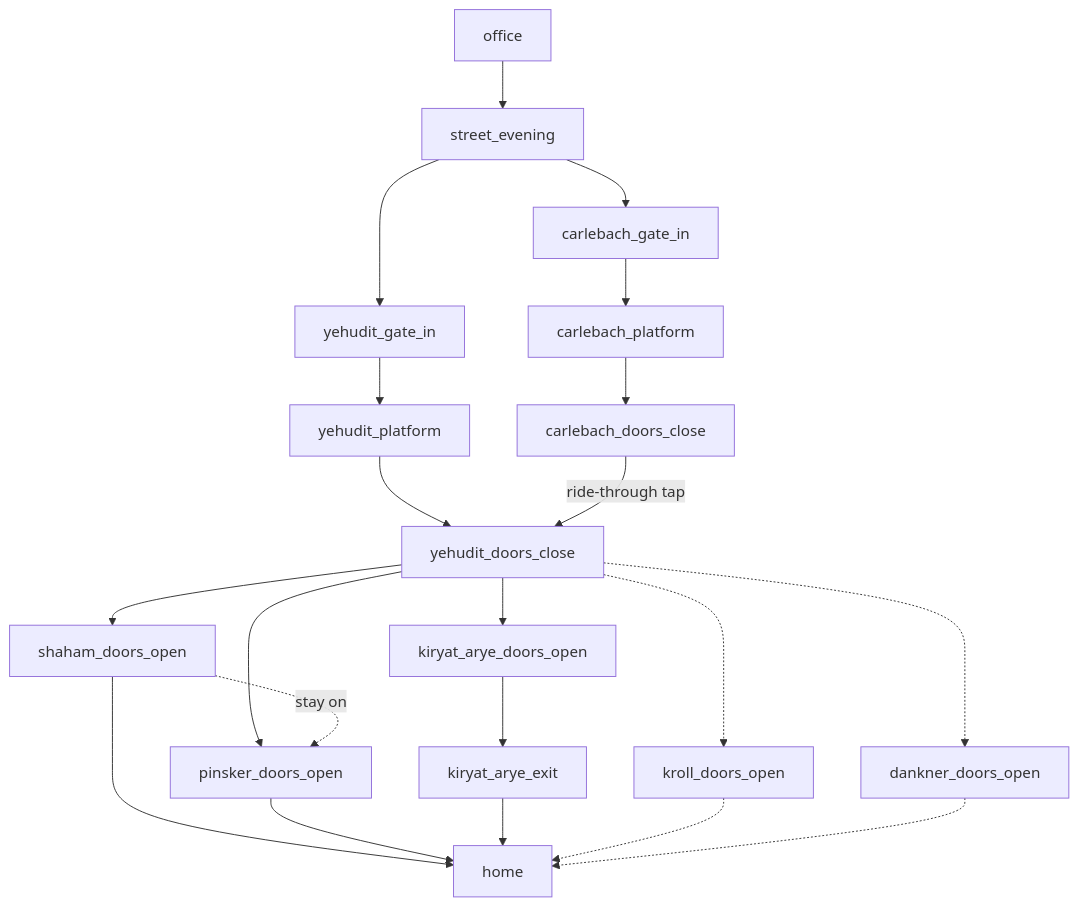
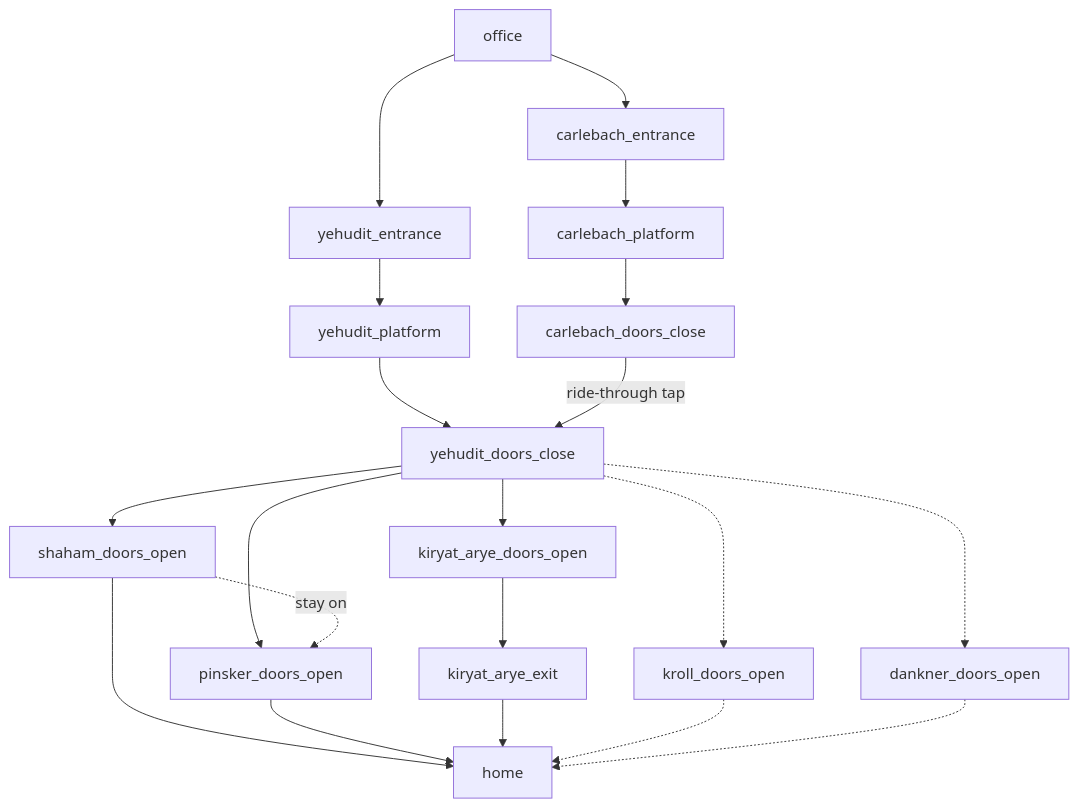
The second of 2 diagrams in SPEC.md (Voskov/path-race), drawn with Mermaid before and after one commit. The commit also changed other lines of this file and 5 other files, not shown here.

First line of the commit message:
Retire ticketing-gate node; rename street to station Exit/Entrance

````diff
--- a/SPEC.md
+++ b/SPEC.md
@@ -94,23 +93,22 @@
 ```mermaid
 flowchart TD
-    OF[office] --> ST_E[street_evening]
-    ST_E --> YG2[yehudit_gate_in]
-    ST_E --> CG2[carlebach_gate_in]
-    YG2 --> YP[yehudit_platform]
-    CG2 --> CP[carlebach_platform]
+    OF[office] --> YEN[yehudit_entrance]
+    OF[office] --> CEN[carlebach_entrance]
+    YEN --> YP[yehudit_platform]
+    CEN --> CP[carlebach_platform]
     CP --> CDC[carlebach_doors_close]
     YP --> YDC[yehudit_doors_close]
     CDC -->|ride-through tap| YDC
     YDC --> SDO[shaham_doors_open]
     YDC --> PDO[pinsker_doors_open]
     YDC --> KDO[kiryat_arye_doors_open]
     YDC -.-> KRDO[kroll_doors_open]
     YDC -.-> DDO[dankner_doors_open]
     SDO -.->|stay on| PDO
     KDO --> KEX[kiryat_arye_exit]
     SDO --> H2[home]
     PDO --> H2
     KEX --> H2
     KRDO -.-> H2
     DDO -.-> H2
 ```
````
